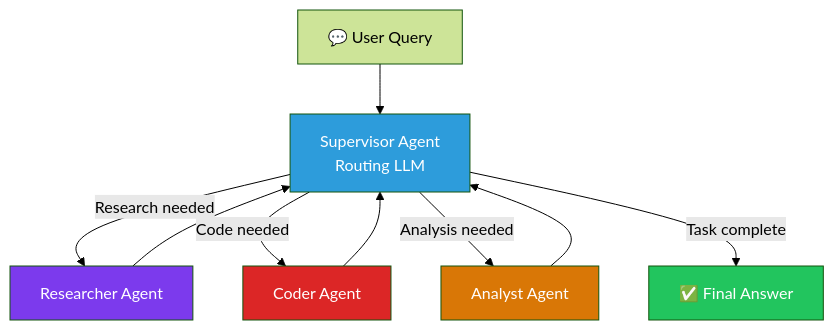
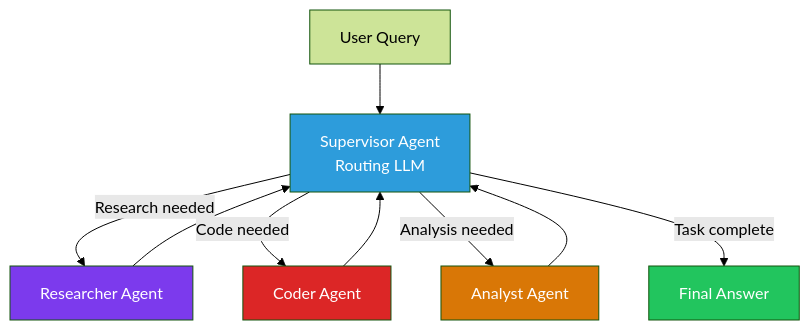
Before and after one commit to a-r-ashik/Agentic-AI-Frameworks: the third of 10 diagrams in README.md, drawn with Mermaid (forest theme). The commit also changed other lines of this file, not shown here.

````diff
--- a/README.md
+++ b/README.md
@@ -154,20 +154,20 @@
 ```mermaid
 flowchart TD
-    U[💬 User Query] --> S[Supervisor Agent\nRouting LLM]
+    U[ User Query] --> S[Supervisor Agent\nRouting LLM]
 
     S -->|Research needed| R[Researcher Agent]
     S -->|Code needed| C[Coder Agent]
     S -->|Analysis needed| A[Analyst Agent]
 
     R --> S
     C --> S
     A --> S
 
-    S -->|Task complete| END[✅ Final Answer]
+    S -->|Task complete| END[ Final Answer]
 
     style S fill:#2D9CDB,color:#fff
     style R fill:#7C3AED,color:#fff
     style C fill:#DC2626,color:#fff
     style A fill:#D97706,color:#fff
     style END fill:#22C55E,color:#fff
 ```
````
